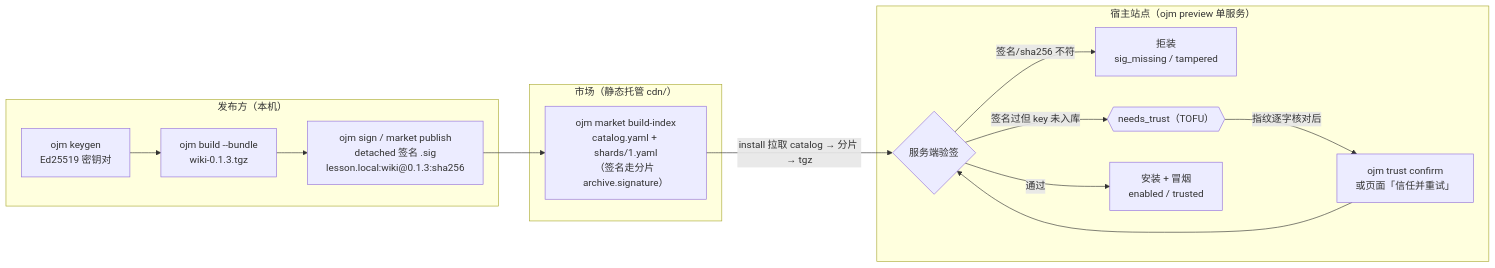
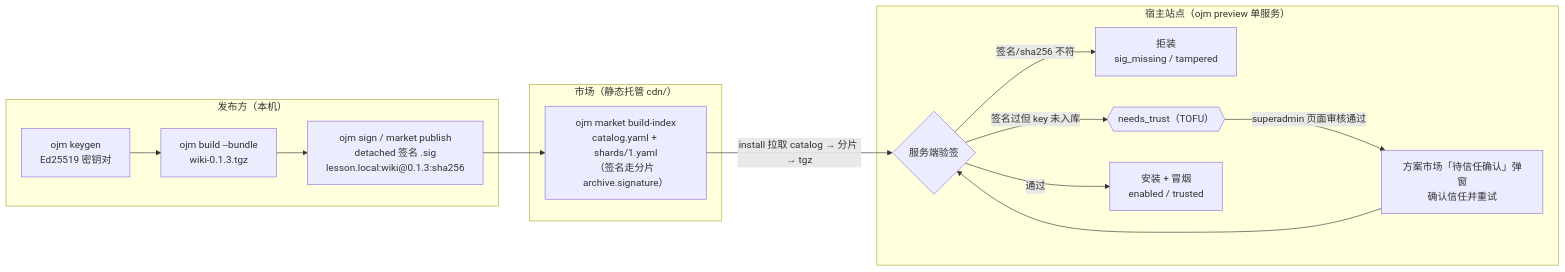
The diagram in docs/guides/20261026-1740-lesson-init-to-market-install.md (everpan/oj-module), drawn with Mermaid before and after one commit. The commit also changed other lines of this file and 16 other files, not shown here.

First line of the commit message:
feat(cli): 首装 needs_trust 改页面审核口径，不再逐字核对指纹/CLI confirm

````diff
--- a/docs/guides/20261026-1740-lesson-init-to-market-install.md
+++ b/docs/guides/20261026-1740-lesson-init-to-market-install.md
@@ -152,18 +152,18 @@
 ```mermaid
 flowchart LR
     subgraph PUB["发布方（本机）"]
         K["ojm keygen<br/>Ed25519 密钥对"] --> S["ojm build --bundle<br/>wiki-0.1.3.tgz"]
         S --> G["ojm sign / market publish<br/>detached 签名 .sig<br/>lesson.local:wiki@0.1.3:sha256"]
     end
     subgraph CDN["市场（静态托管 cdn/）"]
         G --> I["ojm market build-index<br/>catalog.yaml + shards/1.yaml<br/>（签名走分片 archive.signature）"]
     end
     subgraph SITE["宿主站点（ojm preview 单服务）"]
         I -->|"install 拉取 catalog → 分片 → tgz"| V{"服务端验签"}
         V -->|"签名/sha256 不符"| REJ["拒装<br/>sig_missing / tampered"]
         V -->|"签名过但 key 未入库"| TOFU{{"needs_trust（TOFU）"}}
-        TOFU -->|"指纹逐字核对后"| TC["ojm trust confirm<br/>或页面「信任并重试」"]
+        TOFU -->|"superadmin 页面审核通过"| TC["方案市场「待信任确认」弹窗<br/>确认信任并重试"]
         TC --> V
         V -->|"通过"| OK["安装 + 冒烟<br/>enabled / trusted"]
     end
 ```
````
